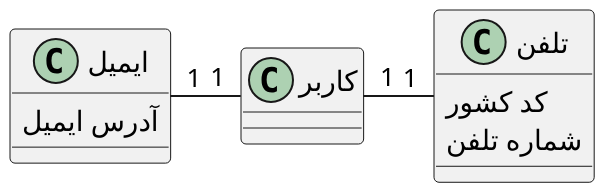
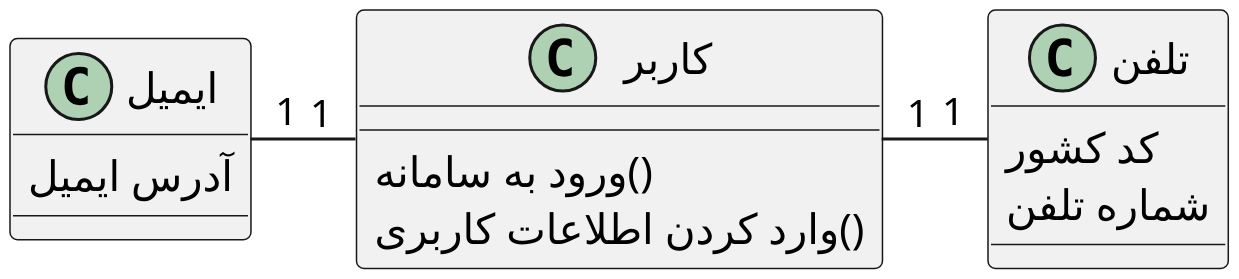
Before and after one commit to soleyman79/Qasedak: the diagram in Diagrams/Class/Login.puml, drawn with PlantUML. The commit also changed 20 other files, not shown here.

```diff
--- a/Diagrams/Class/Login.puml
+++ b/Diagrams/Class/Login.puml
@@ -1,22 +1,24 @@
 @startuml login
 
-scale 2
+scale 3
 skinparam DefaultFontName B Nazanin
 
 
 class "کاربر" as user {
+    ورود به سامانه()
+    وارد کردن اطلاعات کاربری()
 }
 
 class "ایمیل" as address {
     آدرس ایمیل
 }
 
 class "تلفن" as phone {
     کد کشور
     شماره تلفن
 }
 
 user "1" -left- "1" address
 user "1" -right- "1" phone
 
 @enduml
```
